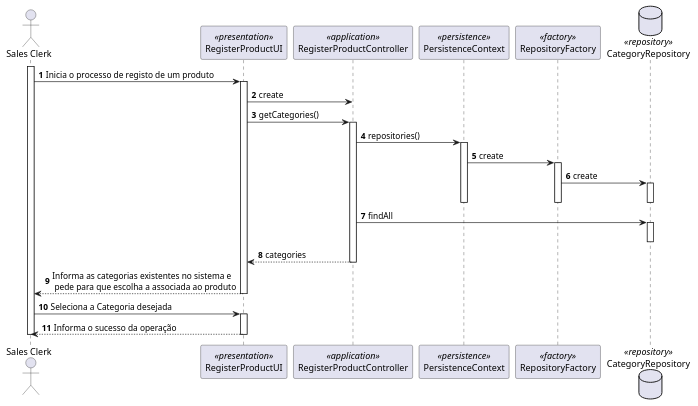
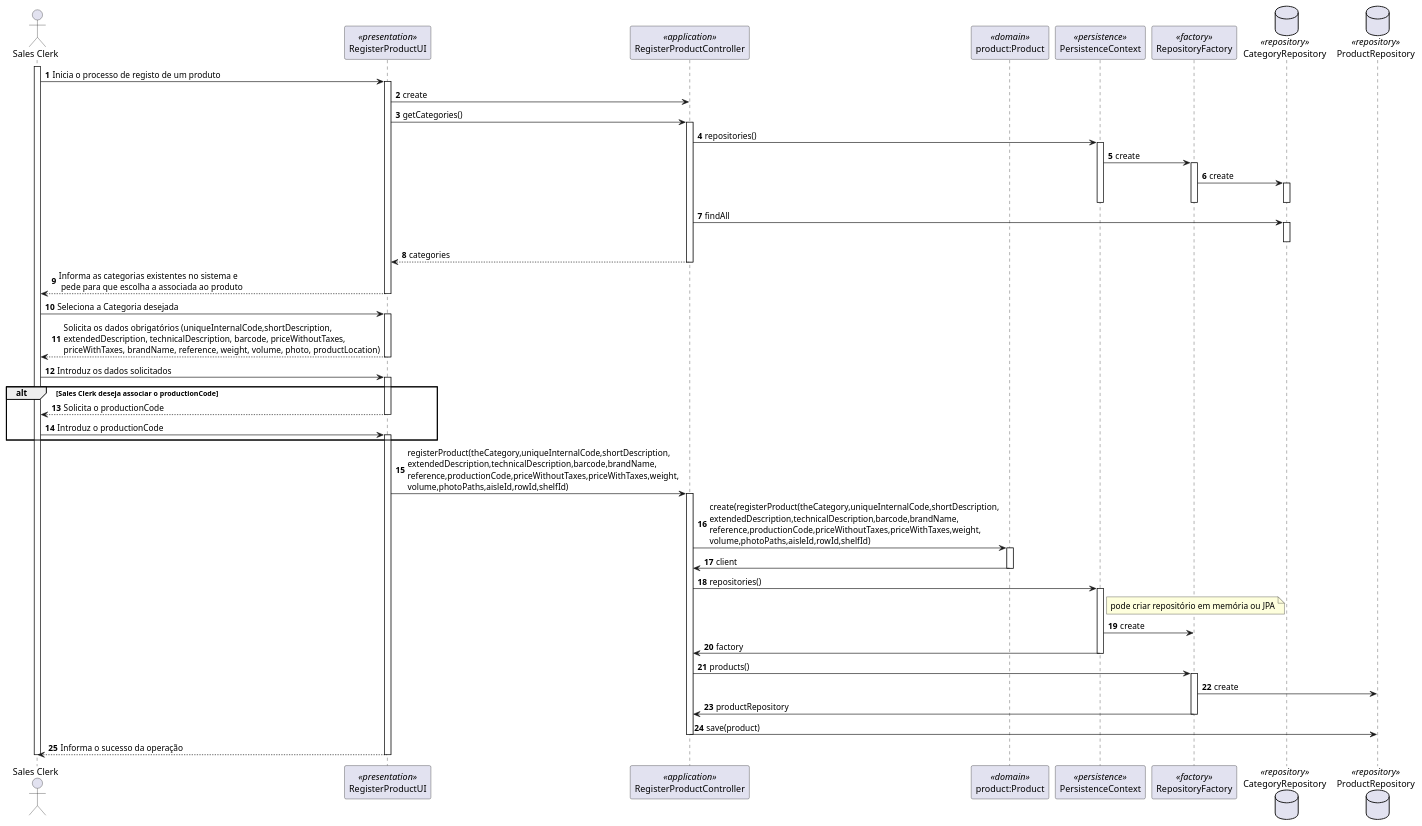
The diagram in docs/1201386/US1001/SD_RegistarProduto.puml (0franciscor/lei21_22_s4_2de_01), drawn with PlantUML before and after one commit. The commit also changed 11 other files, not shown here.

```diff
--- a/docs/1201386/US1001/SD_RegistarProduto.puml
+++ b/docs/1201386/US1001/SD_RegistarProduto.puml
@@ -1,43 +1,72 @@
 @startuml
 
 autonumber
 actor "Sales Clerk" as SC
 participant RegisterProductUI as UI <<presentation>>
 participant RegisterProductController as Controller <<application>>
+participant "product:Product" as Domain <<domain>>
 participant PersistenceContext as Persistence <<persistence>>
 participant RepositoryFactory as Factory <<factory>>
 database  CategoryRepository as CategoryRepository <<repository>>
+database  ProductRepository as PRepository <<repository>>
 
 activate SC
 SC -> UI : Inicia o processo de registo de um produto
 activate UI
 UI -> Controller: create
 UI -> Controller: getCategories()
 activate Controller
 Controller -> Persistence: repositories()
 activate Persistence
 Persistence -> Factory:create
 activate Factory
 Factory -> CategoryRepository: create
 activate CategoryRepository
 deactivate CategoryRepository
 deactivate Factory
 deactivate Persistence
 Controller -> CategoryRepository: findAll
 activate CategoryRepository
 deactivate CategoryRepository
 Controller --> UI:categories
 deactivate Controller
 UI --> SC : Informa as categorias existentes no sistema e \n pede para que escolha a associada ao produto
 deactivate UI
 SC -> UI : Seleciona a Categoria desejada
 activate UI
+UI --> SC : Solicita os dados obrigatórios (uniqueInternalCode,shortDescription,\nextendedDescription, technicalDescription, barcode, priceWithoutTaxes,\npriceWithTaxes, brandName, reference, weight, volume, photo, productLocation)
+deactivate UI
+SC -> UI : Introduz os dados solicitados
+activate UI
+alt Sales Clerk deseja associar o productionCode
+UI --> SC : Solicita o productionCode
+deactivate UI
+SC -> UI : Introduz o productionCode
+activate UI
+end
+UI -> Controller: registerProduct(theCategory,uniqueInternalCode,shortDescription,\nextendedDescription,technicalDescription,barcode,brandName,\nreference,productionCode,priceWithoutTaxes,priceWithTaxes,weight,\nvolume,photoPaths,aisleId,rowId,shelfId)
+activate Controller
+Controller -> Domain: create(registerProduct(theCategory,uniqueInternalCode,shortDescription,\nextendedDescription,technicalDescription,barcode,brandName,\nreference,productionCode,priceWithoutTaxes,priceWithTaxes,weight,\nvolume,photoPaths,aisleId,rowId,shelfId)
+activate Domain
+Domain-> Controller:client
+deactivate Domain
+Controller -> Persistence: repositories()
+activate Persistence
+note right of Persistence: pode criar repositório em memória ou JPA
+Persistence -> Factory: create
+Persistence -> Controller: factory
+deactivate Persistence
+Controller -> Factory: products()
+activate Factory
+Factory -> PRepository: create
+Factory -> Controller: productRepository
+deactivate Factory
+Controller->PRepository:save(product)
+deactivate Controller
+UI --> SC : Informa o sucesso da operação
+deactivate UI
 
 
-
-
-UI --> SC : Informa o sucesso da operação
-deactivate UI
 deactivate SC
 
 @enduml
```
